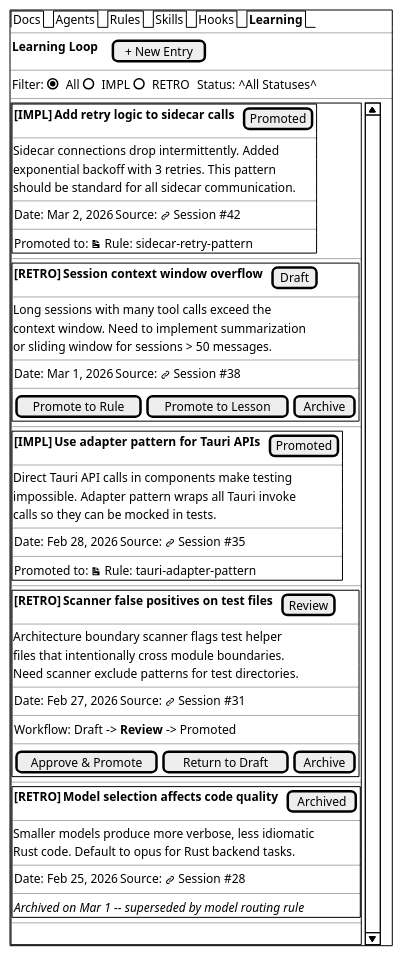
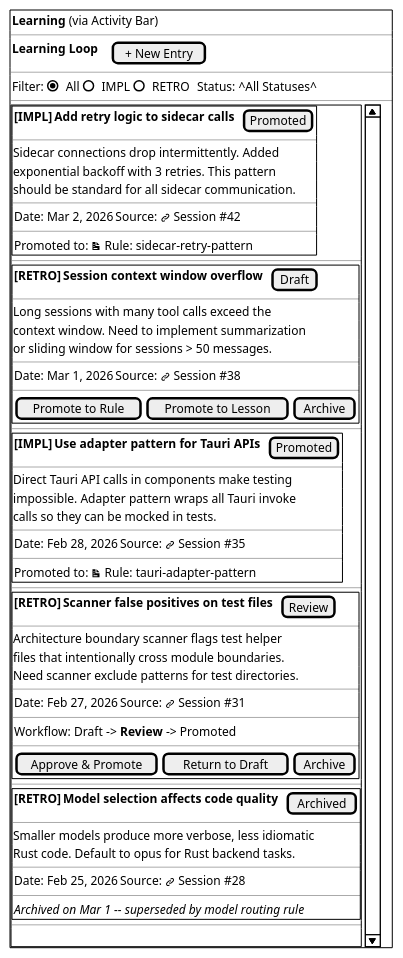
Before and after one commit to orqastudio/app: the fourth of 4 diagrams in docs/ui/wireframes/dashboard.md, drawn with PlantUML. The commit also changed other lines of this file and 19 other files, not shown here.

````diff
--- a/docs/ui/wireframes/dashboard.md
+++ b/docs/ui/wireframes/dashboard.md
@@ -301,76 +301,76 @@
 ```plantuml
 @startsalt
 {+
-  {/ Docs | Agents | Rules | Skills | Hooks | <b>Learning</b> }
+  { <b>Learning</b> (via Activity Bar) }
   ---
   { <b>Learning Loop</b> | . | . | [+ New Entry] }
   ---
   { Filter: | (X) All | () IMPL | () RETRO | . | Status: ^All Statuses^ }
   ---
   {SI
     {+
       { <b>[IMPL]</b> | <b>Add retry logic to sidecar calls</b> | . | [Promoted] }
       ---
       Sidecar connections drop intermittently. Added
       exponential backoff with 3 retries. This pattern
       should be standard for all sidecar communication.
       ---
       { Date: Mar 2, 2026 | Source: <&link-intact> Session #42 }
       ---
       { Promoted to: <&document> Rule: sidecar-retry-pattern }
     }
     ---
     {+
       { <b>[RETRO]</b> | <b>Session context window overflow</b> | . | [Draft] }
       ---
       Long sessions with many tool calls exceed the
       context window. Need to implement summarization
       or sliding window for sessions > 50 messages.
       ---
       { Date: Mar 1, 2026 | Source: <&link-intact> Session #38 }
       ---
       { [Promote to Rule] | [Promote to Lesson] | [Archive] }
     }
     ---
     {+
       { <b>[IMPL]</b> | <b>Use adapter pattern for Tauri APIs</b> | . | [Promoted] }
       ---
       Direct Tauri API calls in components make testing
       impossible. Adapter pattern wraps all Tauri invoke
       calls so they can be mocked in tests.
       ---
       { Date: Feb 28, 2026 | Source: <&link-intact> Session #35 }
       ---
       { Promoted to: <&document> Rule: tauri-adapter-pattern }
     }
     ---
     {+
       { <b>[RETRO]</b> | <b>Scanner false positives on test files</b> | . | [Review] }
       ---
       Architecture boundary scanner flags test helper
       files that intentionally cross module boundaries.
       Need scanner exclude patterns for test directories.
       ---
       { Date: Feb 27, 2026 | Source: <&link-intact> Session #31 }
       ---
       { Workflow: Draft -> <b>Review</b> -> Promoted }
       ---
       { [Approve & Promote] | [Return to Draft] | [Archive] }
     }
     ---
     {+
       { <b>[RETRO]</b> | <b>Model selection affects code quality</b> | . | [Archived] }
       ---
       Smaller models produce more verbose, less idiomatic
       Rust code. Default to opus for Rust backend tasks.
       ---
       { Date: Feb 25, 2026 | Source: <&link-intact> Session #28 }
       ---
       { <i>Archived on Mar 1 -- superseded by model routing rule</i> }
     }
     ---
     .
   }
 }
 @endsalt
 ```
````
